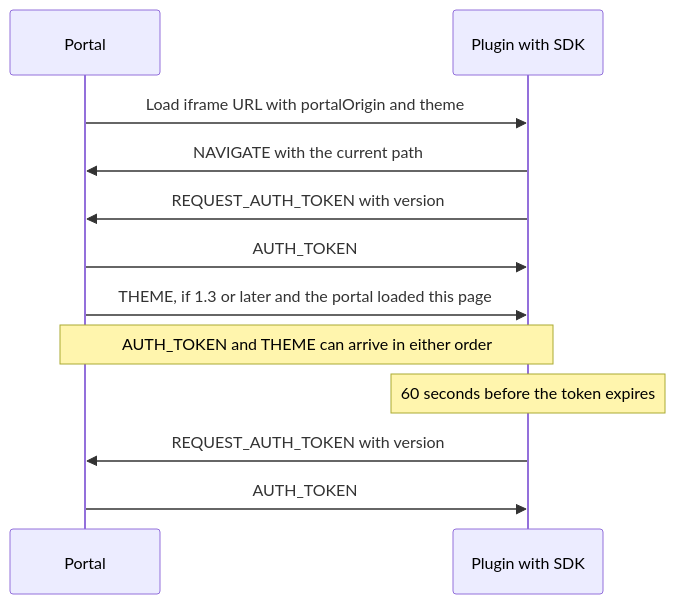
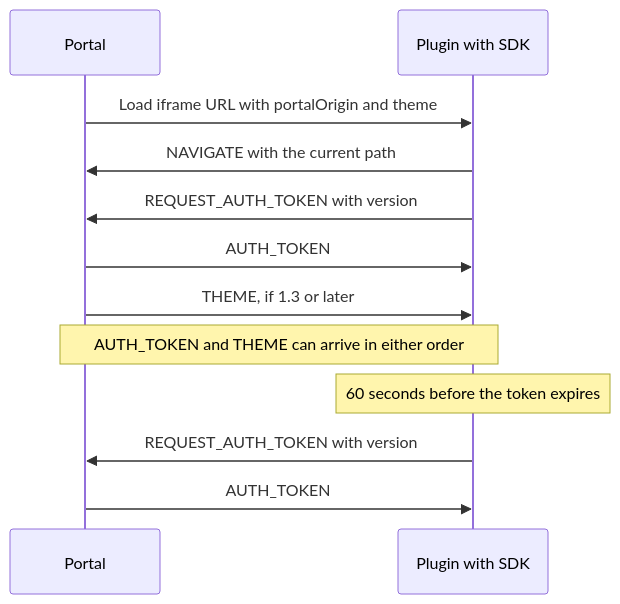
The second of 2 diagrams in docs/quix-cloud/services/plugin-sdk-internals.md (quixio/quix-docs), drawn with Mermaid before and after one commit. The commit also changed other lines of this file and 8 other files, not shown here.

````diff
--- a/docs/quix-cloud/services/plugin-sdk-internals.md
+++ b/docs/quix-cloud/services/plugin-sdk-internals.md
@@ -86,14 +75,14 @@
 ```mermaid
 sequenceDiagram
     participant Portal
     participant Plugin as Plugin with SDK
     Portal->>Plugin: Load iframe URL with portalOrigin and theme
     Plugin->>Portal: NAVIGATE with the current path
     Plugin->>Portal: REQUEST_AUTH_TOKEN with version
     Portal->>Plugin: AUTH_TOKEN
-    Portal->>Plugin: THEME, if 1.3 or later and the portal loaded this page
+    Portal->>Plugin: THEME, if 1.3 or later
     Note over Portal,Plugin: AUTH_TOKEN and THEME can arrive in either order
     Note over Plugin: 60 seconds before the token expires
     Plugin->>Portal: REQUEST_AUTH_TOKEN with version
     Portal->>Plugin: AUTH_TOKEN
 ```
````
